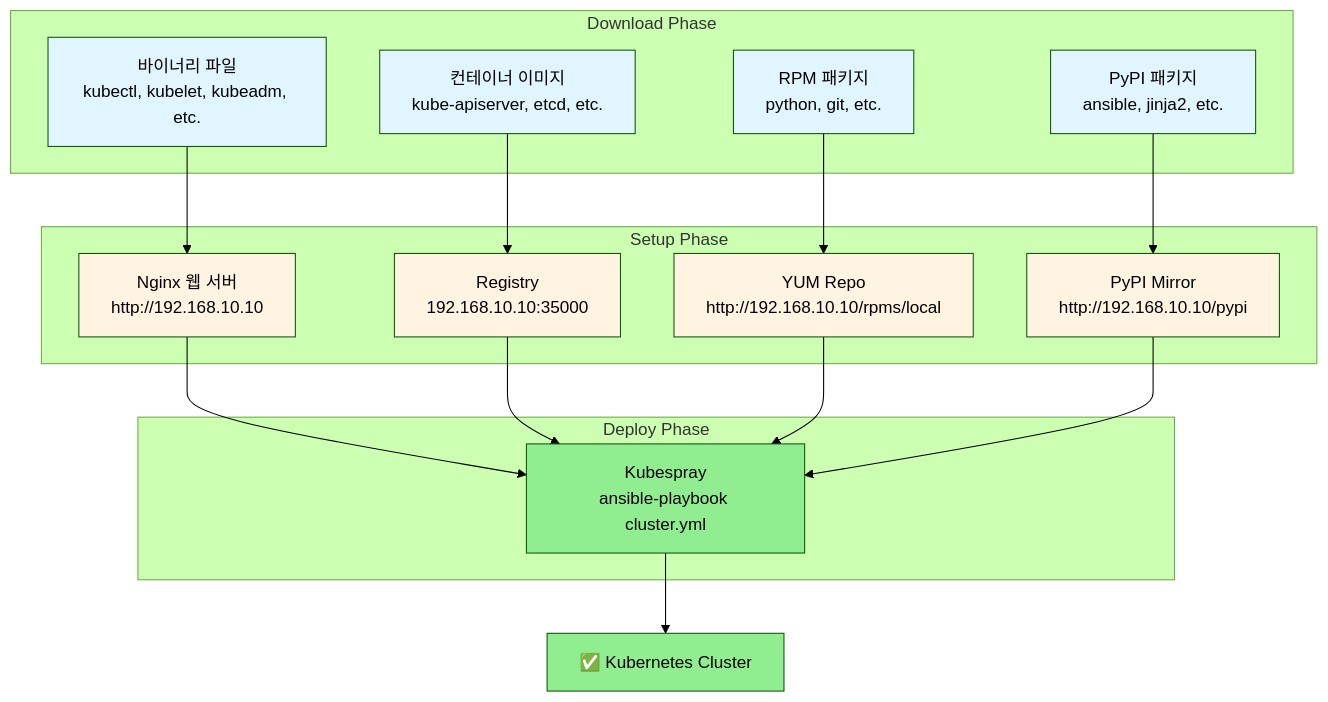
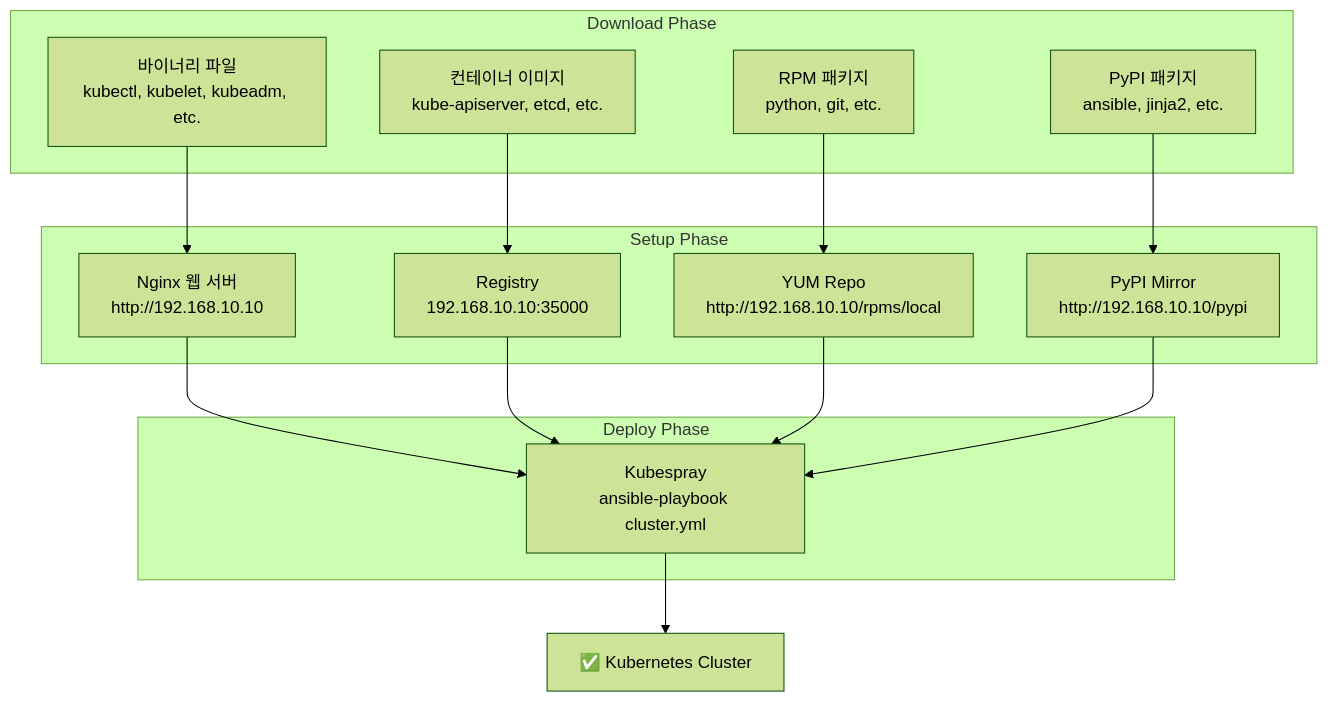
The eighth of 8 diagrams in docs/k8s-deploy/week6-kubespray-offline.md (juwon8891/juwon8891.github.io), drawn with Mermaid (forest theme) before and after one commit. The commit also changed other lines of this file and 18 other files, not shown here.

Commit message:
Remove bright colors from Mermaid diagrams for dark mode compatibility

````diff
--- a/docs/k8s-deploy/week6-kubespray-offline.md
+++ b/docs/k8s-deploy/week6-kubespray-offline.md
@@ -1119,43 +1099,33 @@
 ```mermaid
 graph TB
     subgraph "Download Phase"
         DownloadFiles["바이너리 파일<br/>kubectl, kubelet, kubeadm, etc."]
         DownloadImages["컨테이너 이미지<br/>kube-apiserver, etcd, etc."]
         DownloadRPMs["RPM 패키지<br/>python, git, etc."]
         DownloadPyPI["PyPI 패키지<br/>ansible, jinja2, etc."]
     end
 
     subgraph "Setup Phase"
         Nginx["Nginx 웹 서버<br/>http://192.168.10.10"]
         Registry["Registry<br/>192.168.10.10:35000"]
         YumRepo["YUM Repo<br/>http://192.168.10.10/rpms/local"]
         PyPIMirror["PyPI Mirror<br/>http://192.168.10.10/pypi"]
     end
 
     DownloadFiles --> Nginx
     DownloadImages --> Registry
     DownloadRPMs --> YumRepo
     DownloadPyPI --> PyPIMirror
 
     subgraph "Deploy Phase"
         Kubespray["Kubespray<br/>ansible-playbook cluster.yml"]
     end
 
     Nginx --> Kubespray
     Registry --> Kubespray
     YumRepo --> Kubespray
     PyPIMirror --> Kubespray
 
     Kubespray --> K8s["✅ Kubernetes Cluster"]
 
-    style DownloadFiles fill:#e1f5ff
-    style DownloadImages fill:#e1f5ff
-    style DownloadRPMs fill:#e1f5ff
-    style DownloadPyPI fill:#e1f5ff
-    style Nginx fill:#fff4e1
-    style Registry fill:#fff4e1
-    style YumRepo fill:#fff4e1
-    style PyPIMirror fill:#fff4e1
-    style Kubespray fill:#90EE90
-    style K8s fill:#90EE90
 ```
````
